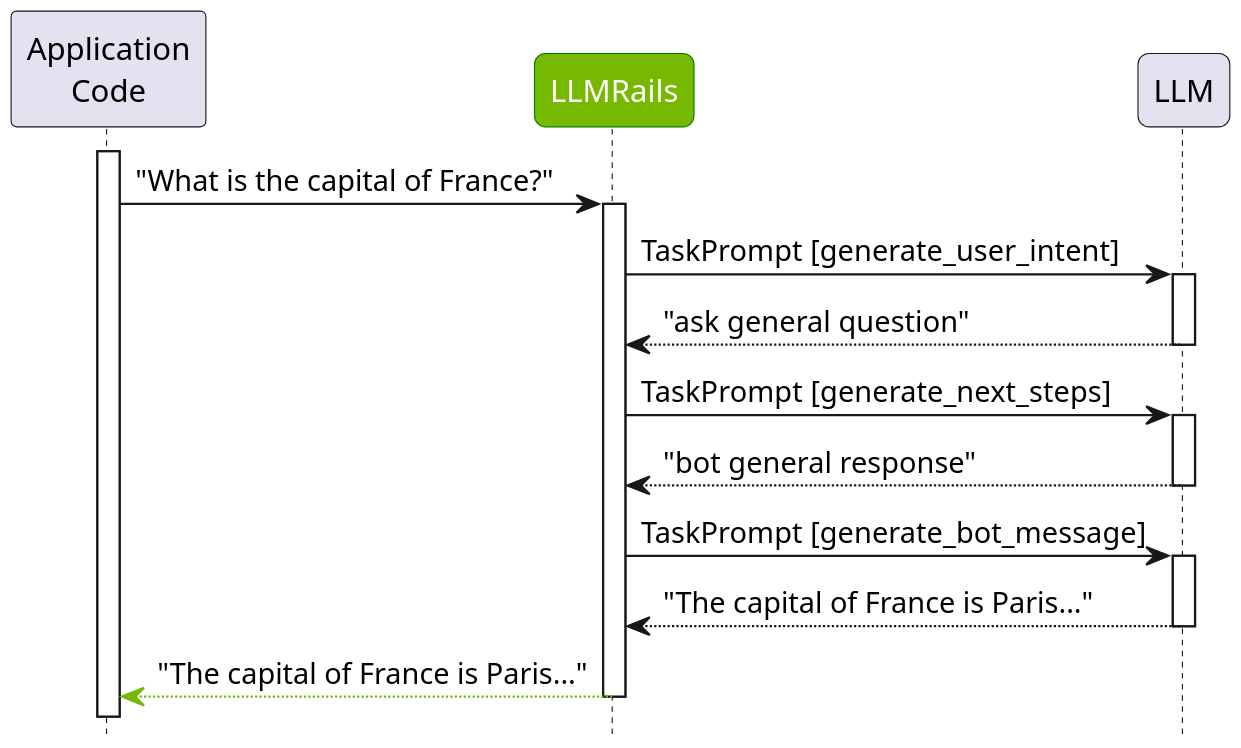
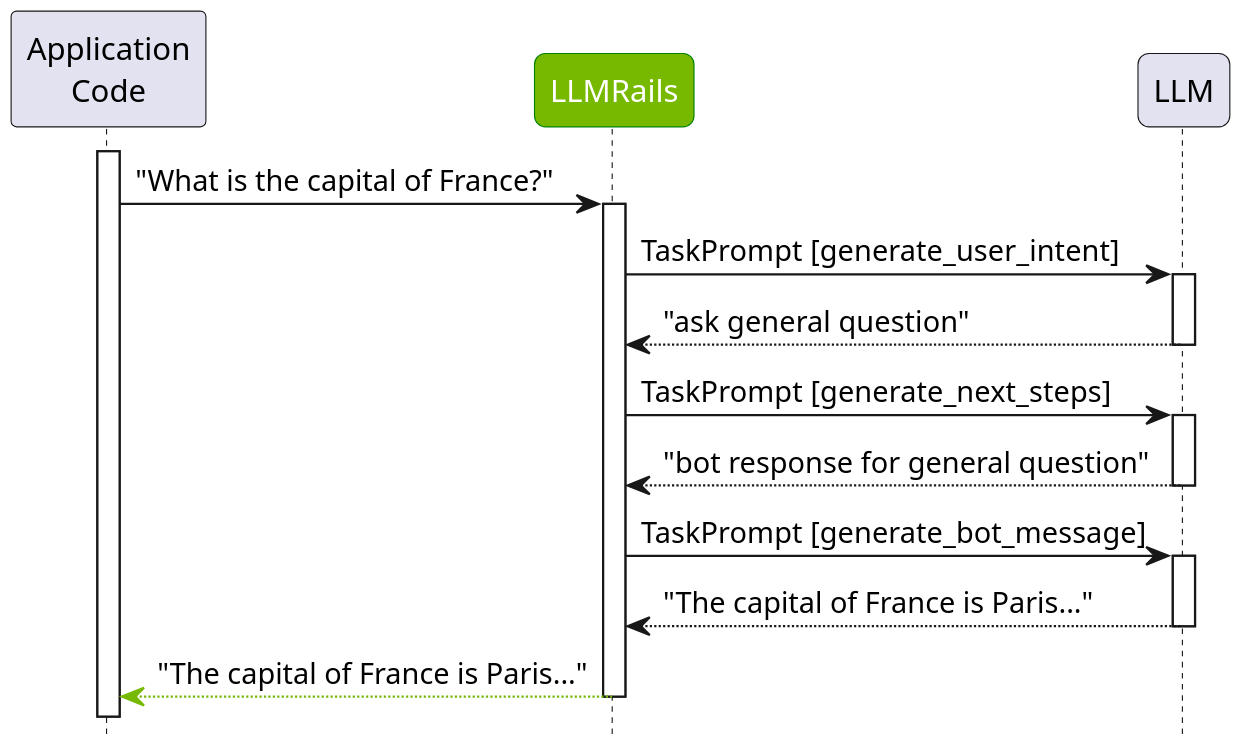
The diagram in docs/_assets/puml/core_colang_concepts_fig_2.puml (NVIDIA/NeMo-Guardrails), drawn with PlantUML before and after one commit. The commit also changed 7 other files, not shown here.

```diff
--- a/docs/_assets/puml/core_colang_concepts_fig_2.puml
+++ b/docs/_assets/puml/core_colang_concepts_fig_2.puml
@@ -1,36 +1,36 @@
 @startuml
 participant "Application\nCode" as A
 
 skinparam Participant {
   RoundCorner 10
 
   BackgroundColor<<LLMRails >> 76b900
   FontColor<<LLMRails>> white
   BorderColor<<LLMRails>> green
 }
 
 participant LLMRails <<LLMRails>>
 
 activate A
 A->LLMRails: "What is the capital of France?"
 activate LLMRails
 
 LLMRails->LLM: TaskPrompt [generate_user_intent]
 activate LLM
 return "ask general question"
 
 LLMRails->LLM: TaskPrompt [generate_next_steps]
 activate LLM
-return "bot general response"
+return "bot response for general question"
 
 LLMRails->LLM: TaskPrompt [generate_bot_message]
 activate LLM
 return "The capital of France is Paris..."
 
 return #76b900 "The capital of France is Paris..."
 
 participant LLM
 hide footbox
 hide stereotype
 scale 2
 @enduml
```
